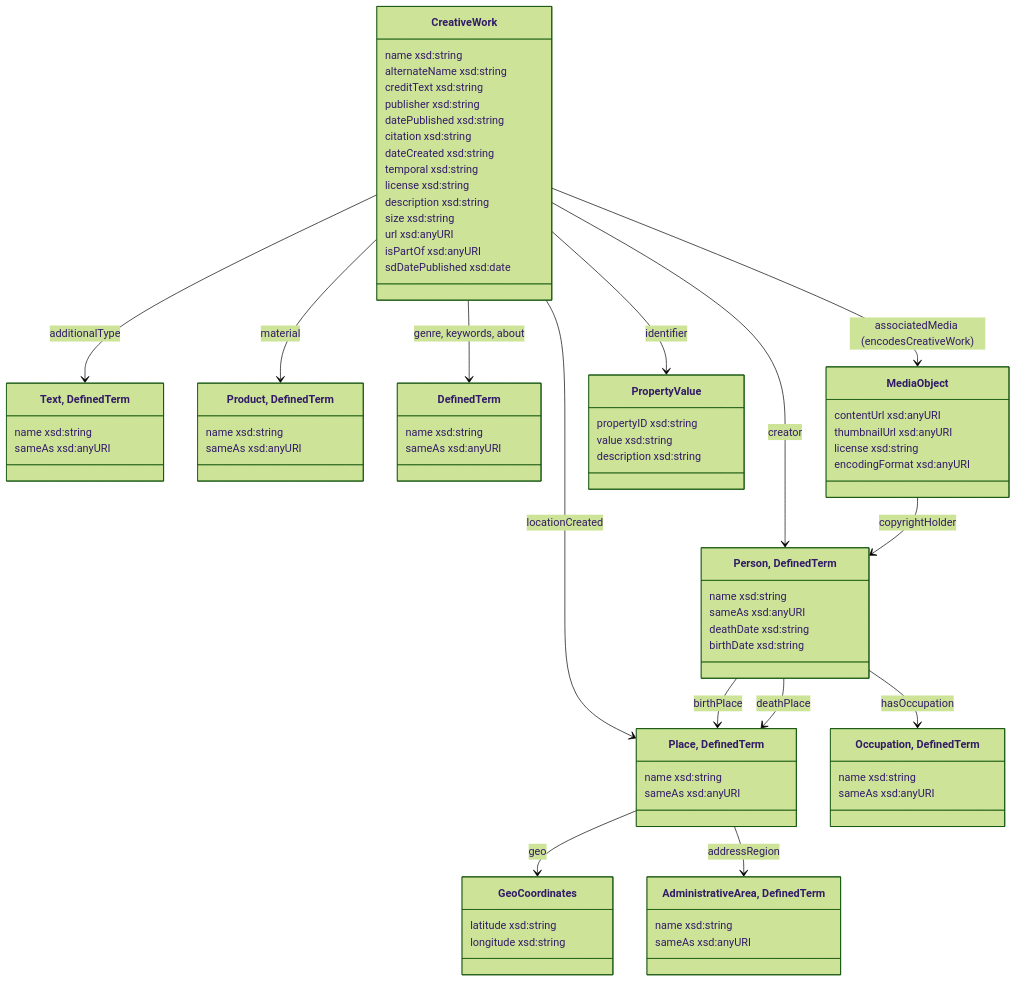
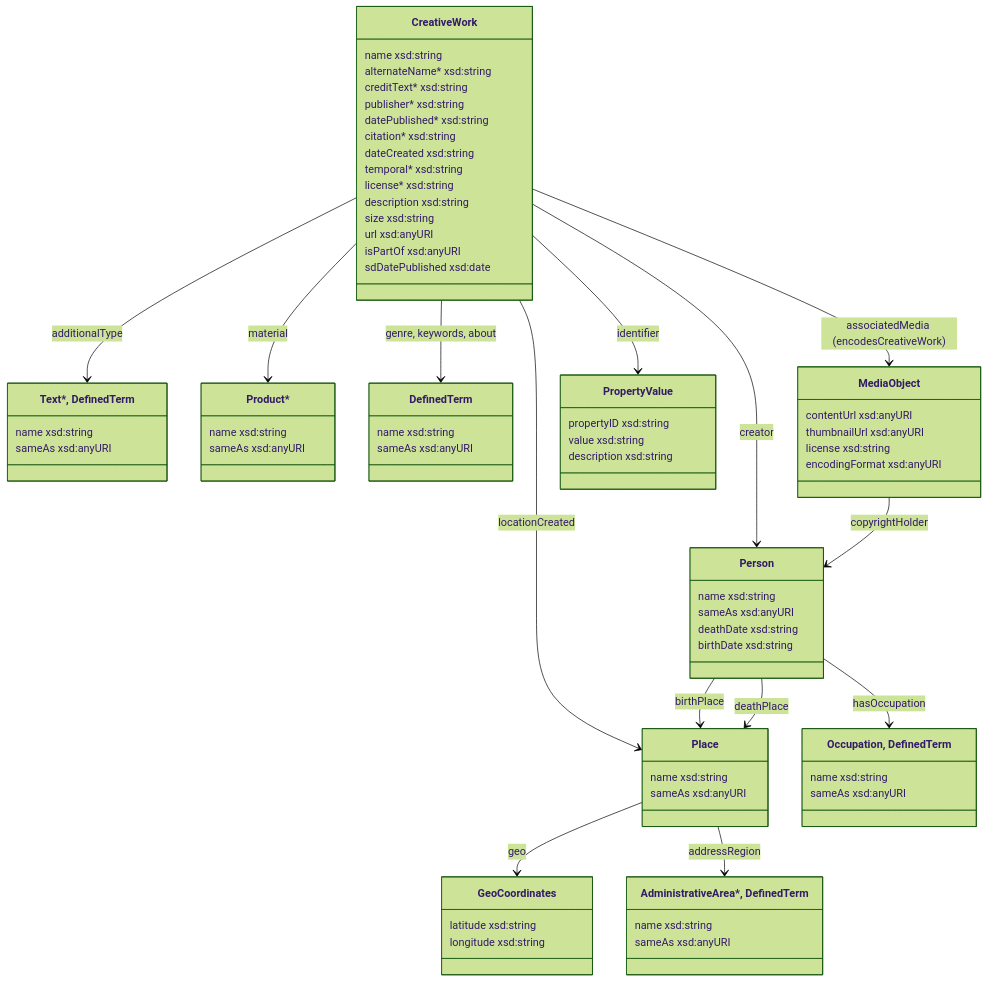
Before and after one commit to collectienederland/schema-profile: the first of 5 diagrams in docs/datamodel.md, drawn with Mermaid. The commit also changed other lines of this file, not shown here.

```diff
--- a/docs/datamodel.md
+++ b/docs/datamodel.md
@@ -12,14 +17,14 @@
 classDiagram
 class creativework["CreativeWork"] {
   name xsd:string 
-  alternateName xsd:string 
-  creditText xsd:string 
-  publisher xsd:string 
-  datePublished xsd:string 
-  citation xsd:string 
+  alternateName* xsd:string 
+  creditText* xsd:string 
+  publisher* xsd:string 
+  datePublished* xsd:string 
+  citation* xsd:string 
   dateCreated xsd:string 
-  temporal xsd:string 
-  license xsd:string 
+  temporal* xsd:string 
+  license* xsd:string 
   description xsd:string 
   size xsd:string 
   url xsd:anyURI 
@@ -27,13 +32,13 @@
   sdDatePublished xsd:date 
 }
 
-class additional["Text, DefinedTerm"] {
+class additional["Text*, DefinedTerm"] {
   name xsd:string
   sameAs xsd:anyURI
 }
 creativework --> additional: additionalType
 
-class product["Product, DefinedTerm"] {
+class product["Product*"] {
   name xsd:string
   sameAs xsd:anyURI
 }
@@ -44,7 +49,7 @@
   sameAs xsd:anyURI
 }
 creativework --> defterm: genre, keywords, about
-class place["Place, DefinedTerm"] {
+class place["Place"] {
   name xsd:string
   sameAs xsd:anyURI
 }
@@ -52,7 +57,7 @@
   latitude xsd:string
   longitude xsd:string
 }
-class adminarea["AdministrativeArea, DefinedTerm"] {
+class adminarea["AdministrativeArea*, DefinedTerm"] {
   name xsd:string
   sameAs xsd:anyURI
 }
@@ -60,7 +65,7 @@
 place --> geocoor: geo
 place --> adminarea: addressRegion
 
-class person["Person, DefinedTerm"]{
+class person["Person"]{
   name xsd:string 
   sameAs xsd:anyURI 
   deathDate xsd:string  
```
